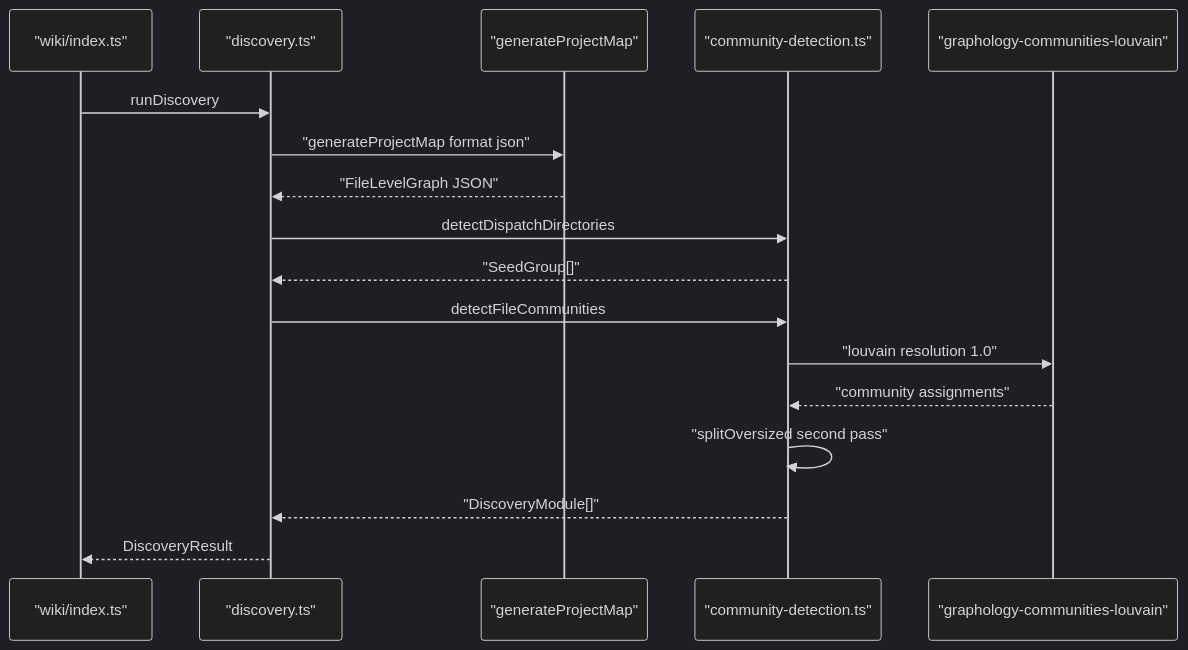
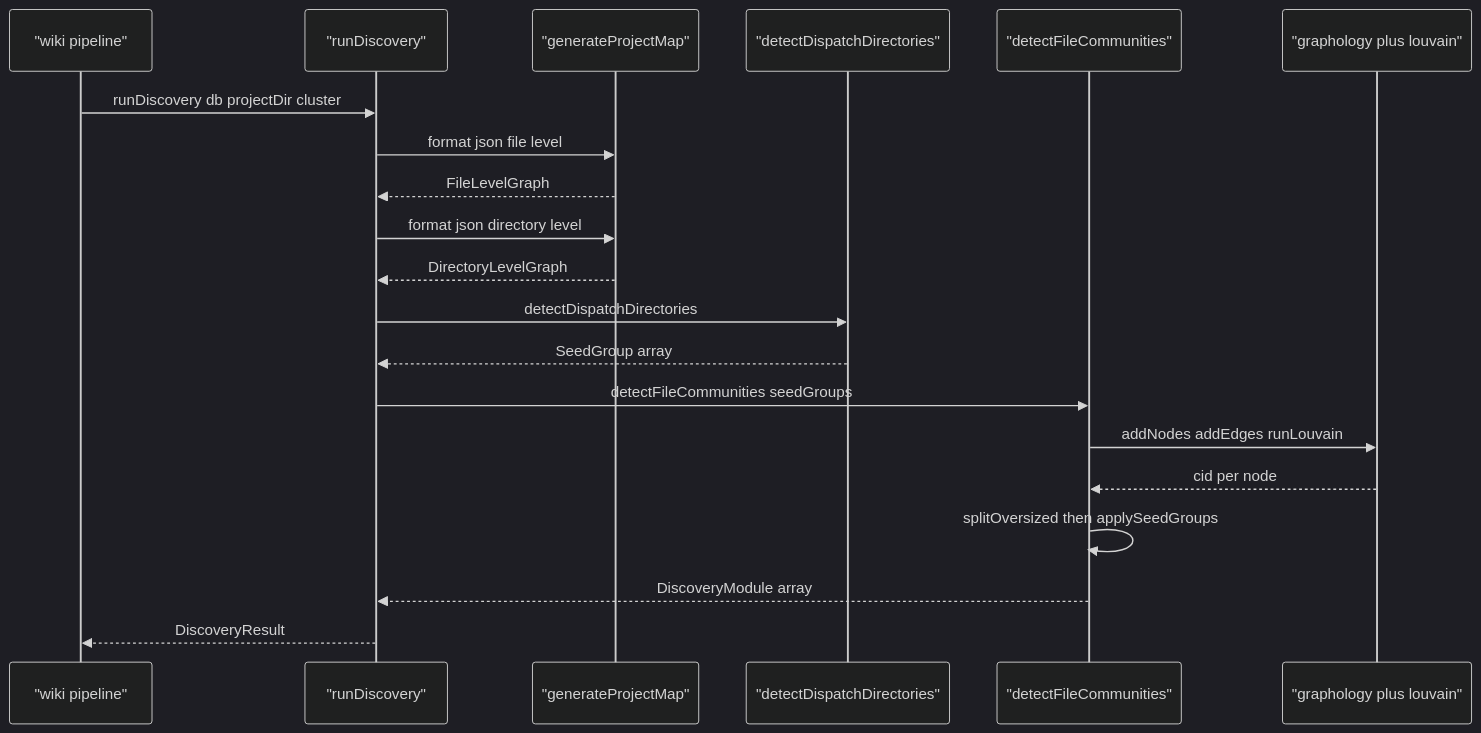
One commit to TheWinci/mimirs changed the first of 2 diagrams in wiki/communities/community-detection.md. Above: the diagram before and after it, drawn with Mermaid (dark theme). The commit also changed other lines of this file and 36 other files, not shown here.

````diff
--- a/wiki/communities/community-detection.md
+++ b/wiki/communities/community-detection.md
@@ -11,20 +21,22 @@
 ```mermaid
 sequenceDiagram
-  participant caller as "wiki/index.ts"
-  participant disc as "discovery.ts"
-  participant graphDB as "generateProjectMap"
-  participant detect as "community-detection.ts"
-  participant louvain as "graphology-communities-louvain"
-
-  caller->>disc: runDiscovery
-  disc->>graphDB: "generateProjectMap format json"
-  graphDB-->>disc: "FileLevelGraph JSON"
-  disc->>detect: detectDispatchDirectories
-  detect-->>disc: "SeedGroup[]"
-  disc->>detect: detectFileCommunities
-  detect->>louvain: "louvain resolution 1.0"
-  louvain-->>detect: "community assignments"
-  detect->>detect: "splitOversized second pass"
-  detect-->>disc: "DiscoveryModule[]"
-  disc-->>caller: DiscoveryResult
+    participant caller as "wiki pipeline"
+    participant disco as "runDiscovery"
+    participant resolver as "generateProjectMap"
+    participant dispatch as "detectDispatchDirectories"
+    participant louvainFn as "detectFileCommunities"
+    participant graph as "graphology plus louvain"
+    caller->>disco: runDiscovery db projectDir cluster
+    disco->>resolver: format json file level
+    resolver-->>disco: FileLevelGraph
+    disco->>resolver: format json directory level
+    resolver-->>disco: DirectoryLevelGraph
+    disco->>dispatch: detectDispatchDirectories
+    dispatch-->>disco: SeedGroup array
+    disco->>louvainFn: detectFileCommunities seedGroups
+    louvainFn->>graph: addNodes addEdges runLouvain
+    graph-->>louvainFn: cid per node
+    louvainFn->>louvainFn: splitOversized then applySeedGroups
+    louvainFn-->>disco: DiscoveryModule array
+    disco-->>caller: DiscoveryResult
 ```
````
